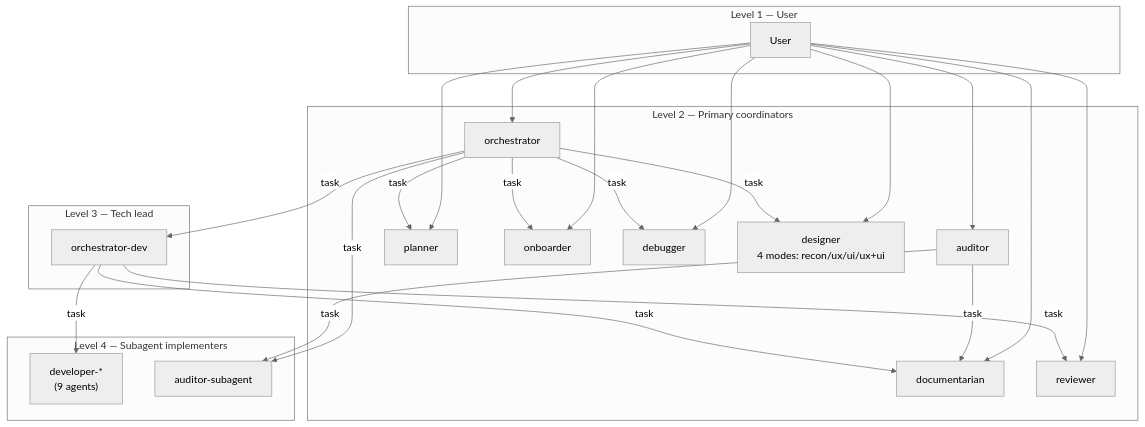
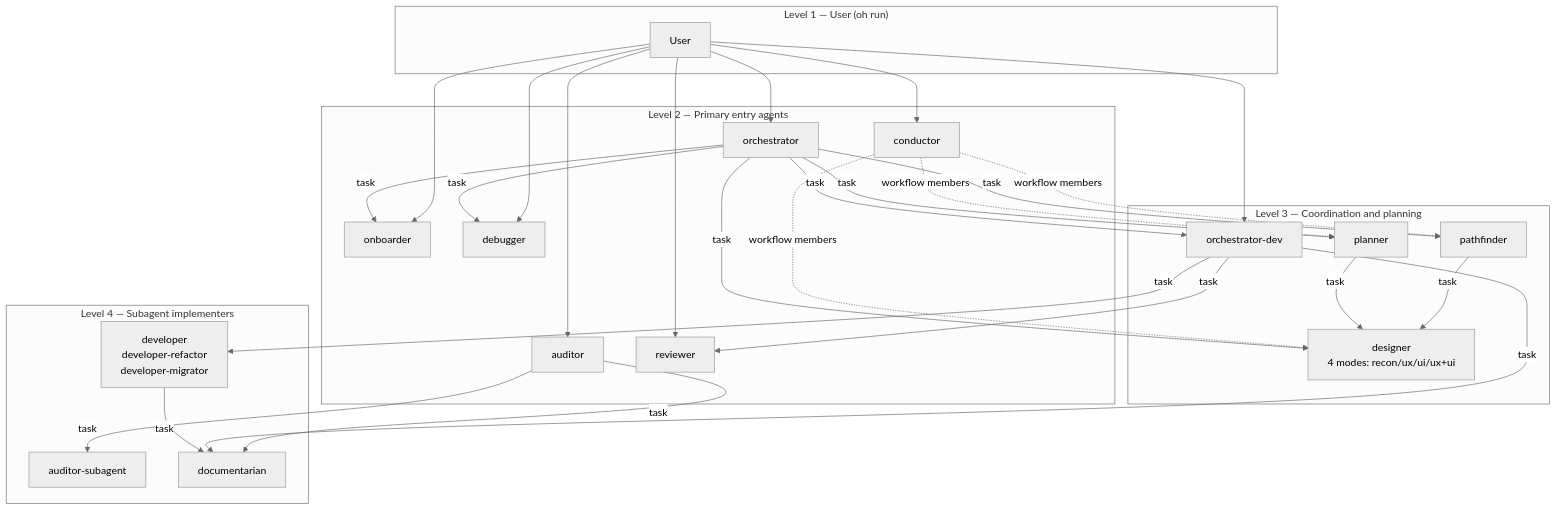
Before and after one commit to datichb/openhub: the first of 3 diagrams in docs/architecture/task-delegation.en.md, drawn with Mermaid (neutral theme). The commit also changed other lines of this file and 11 other files, not shown here.

Commit message:
docs(architecture): vue d'ensemble v5 (workflow → paquet → serveur de groupe → session, démon, proxy, passerelles, monde fermé, ADR 038–048), agents (20, conductor), skills (livraison par le paquet, inventaire refait), délégation, wiki vivant, todo ; lien de langue en ligne 1 (v5 finalisation, DOC2)

````diff
--- a/docs/architecture/task-delegation.en.md
+++ b/docs/architecture/task-delegation.en.md
@@ -94,49 +159,58 @@
 ```mermaid
 flowchart TB
-    subgraph L1["Level 1 — User"]
+    subgraph L1["Level 1 — User (oh run)"]
         U[User]
     end
 
-    subgraph L2["Level 2 — Primary coordinators"]
+    subgraph L2["Level 2 — Primary entry agents"]
+        C[conductor]
         O[orchestrator]
         A[auditor]
-        PL[planner]
         ON[onboarder]
         DB[debugger]
-        DS[designer<br/>4 modes: recon/ux/ui/ux+ui]
-        DOC[documentarian]
         R[reviewer]
     end
 
-    subgraph L3["Level 3 — Tech lead"]
+    subgraph L3["Level 3 — Coordination and planning"]
         OD[orchestrator-dev]
+        PA[pathfinder]
+        PL[planner]
+        DS[designer<br/>4 modes: recon/ux/ui/ux+ui]
     end
 
     subgraph L4["Level 4 — Subagent implementers"]
-        DEV["developer-*<br/>(9 agents)"]
+        DEV["developer<br/>developer-refactor<br/>developer-migrator"]
         AUD["auditor-subagent"]
+        DOC[documentarian]
     end
 
+    U --> C
     U --> O
     U --> A
-    U --> PL
     U --> ON
     U --> DB
-    U --> DS
-    U --> DOC
     U --> R
+    U --> OD
 
+    C -.->|workflow members| PA
+    C -.->|workflow members| PL
+    C -.->|workflow members| DS
+
+    O -->|task| PA
     O -->|task| PL
     O -->|task| ON
     O -->|task| DS
-    O -->|task| AUD
     O -->|task| OD
     O -->|task| DB
+
+    PA -->|task| DS
+    PL -->|task| DS
 
     A -->|task| AUD
     A -->|task| DOC
 
     OD -->|task| DEV
     OD -->|task| R
     OD -->|task| DOC
+    DEV -->|task| DOC
 ```
````
